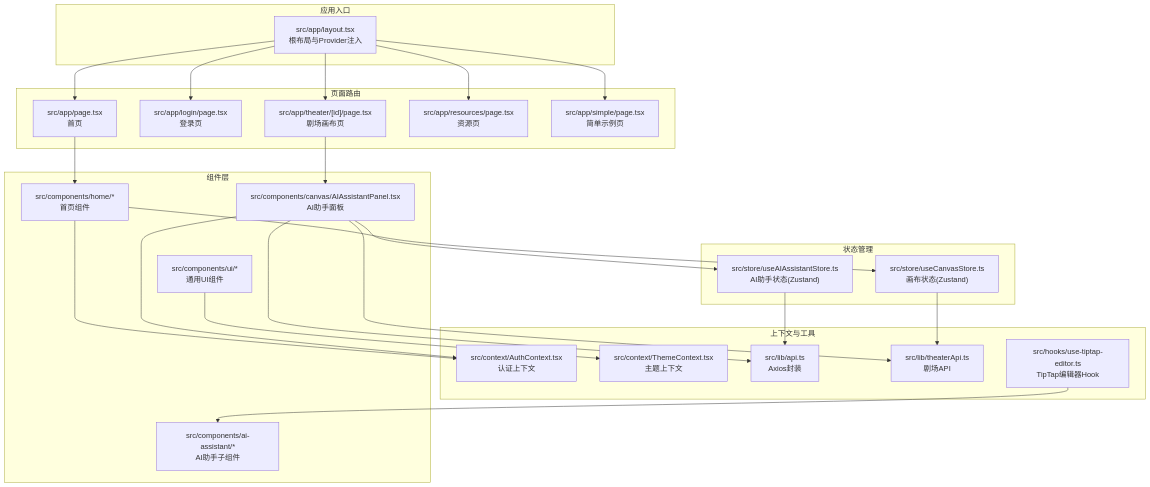
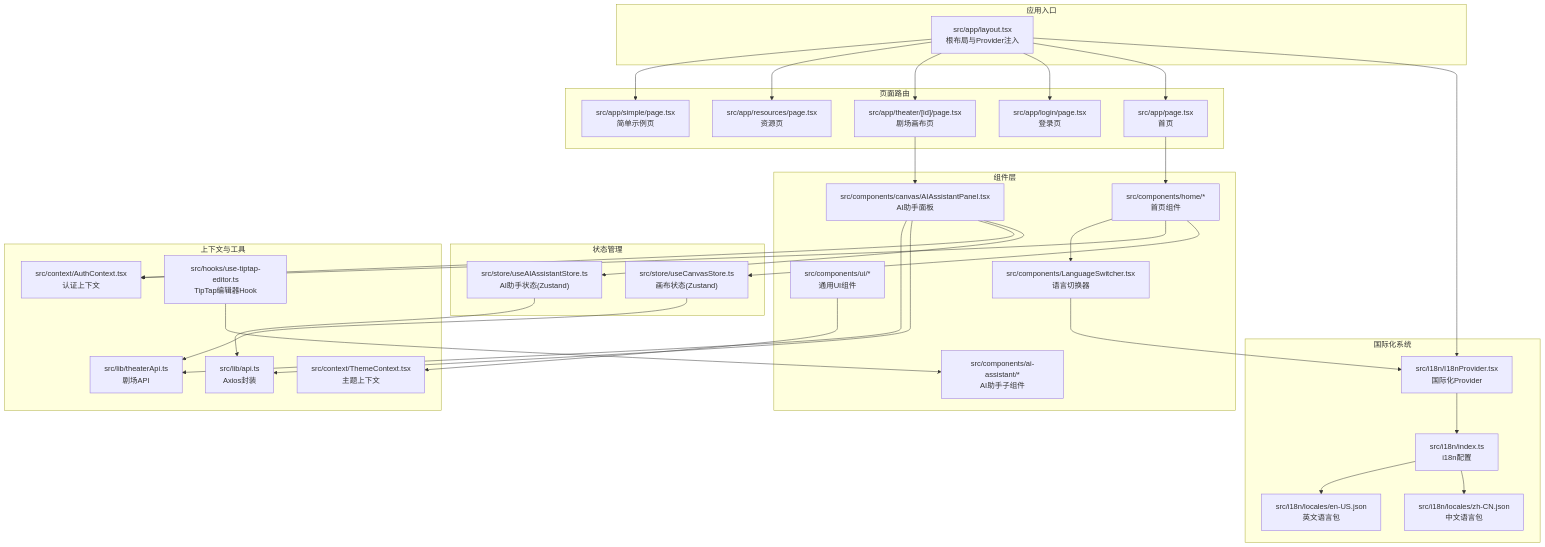
The first of 10 diagrams in .qoder/repowiki/zh/content/系统架构/前端架构/前端架构.md (KunLabAI/KunFlix), drawn with Mermaid before and after one commit. The commit also changed other lines of this file and 78 other files, not shown here.

````diff
--- a/.qoder/repowiki/zh/content/系统架构/前端架构/前端架构.md
+++ b/.qoder/repowiki/zh/content/系统架构/前端架构/前端架构.md
@@ -46,47 +54,60 @@
 ```mermaid
 graph TB
 subgraph "应用入口"
 L["src/app/layout.tsx<br/>根布局与Provider注入"]
 end
 subgraph "页面路由"
 P1["src/app/page.tsx<br/>首页"]
 P2["src/app/login/page.tsx<br/>登录页"]
 P3["src/app/theater/[id]/page.tsx<br/>剧场画布页"]
 P4["src/app/resources/page.tsx<br/>资源页"]
 P5["src/app/simple/page.tsx<br/>简单示例页"]
 end
 subgraph "组件层"
 C1["src/components/canvas/AIAssistantPanel.tsx<br/>AI助手面板"]
 C2["src/components/home/*<br/>首页组件"]
 C3["src/components/ai-assistant/*<br/>AI助手子组件"]
 C4["src/components/ui/*<br/>通用UI组件"]
+C5["src/components/LanguageSwitcher.tsx<br/>语言切换器"]
 end
 subgraph "状态管理"
 S1["src/store/useCanvasStore.ts<br/>画布状态(Zustand)"]
 S2["src/store/useAIAssistantStore.ts<br/>AI助手状态(Zustand)"]
+end
+subgraph "国际化系统"
+I1["src/i18n/index.ts<br/>i18n配置"]
+I2["src/i18n/I18nProvider.tsx<br/>国际化Provider"]
+I3["src/i18n/locales/zh-CN.json<br/>中文语言包"]
+I4["src/i18n/locales/en-US.json<br/>英文语言包"]
 end
 subgraph "上下文与工具"
 X1["src/context/AuthContext.tsx<br/>认证上下文"]
 X2["src/context/ThemeContext.tsx<br/>主题上下文"]
 U1["src/lib/api.ts<br/>Axios封装"]
 U2["src/lib/theaterApi.ts<br/>剧场API"]
 H1["src/hooks/use-tiptap-editor.ts<br/>TipTap编辑器Hook"]
 end
+L --> I2
 L --> P1
 L --> P2
 L --> P3
 L --> P4
 L --> P5
 P3 --> C1
 C1 --> S2
 C1 --> X1
 C1 --> U1
 C1 --> U2
 P1 --> C2
 C2 --> S1
 C2 --> X1
+C2 --> C5
+C5 --> I2
 C4 --> X2
 S1 --> U2
 S2 --> U1
 H1 --> C3
+I2 --> I1
+I1 --> I3
+I1 --> I4
 ```
````
